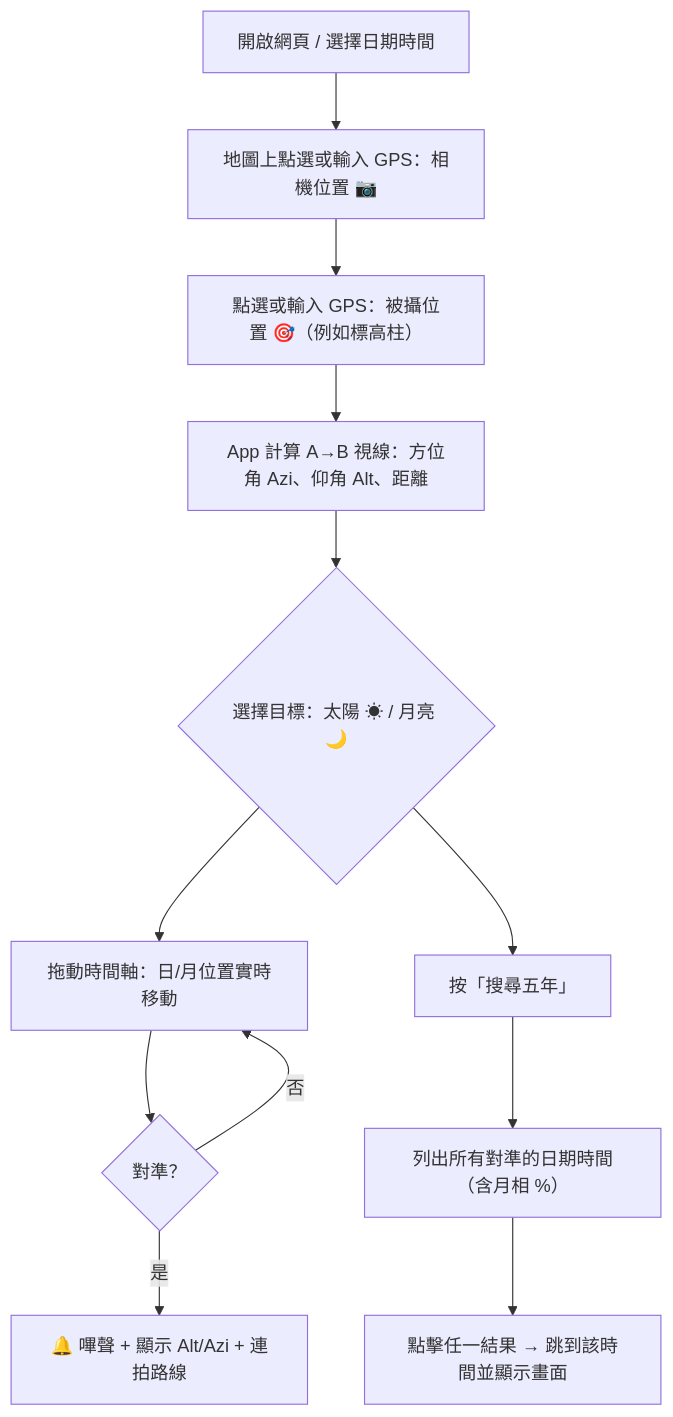
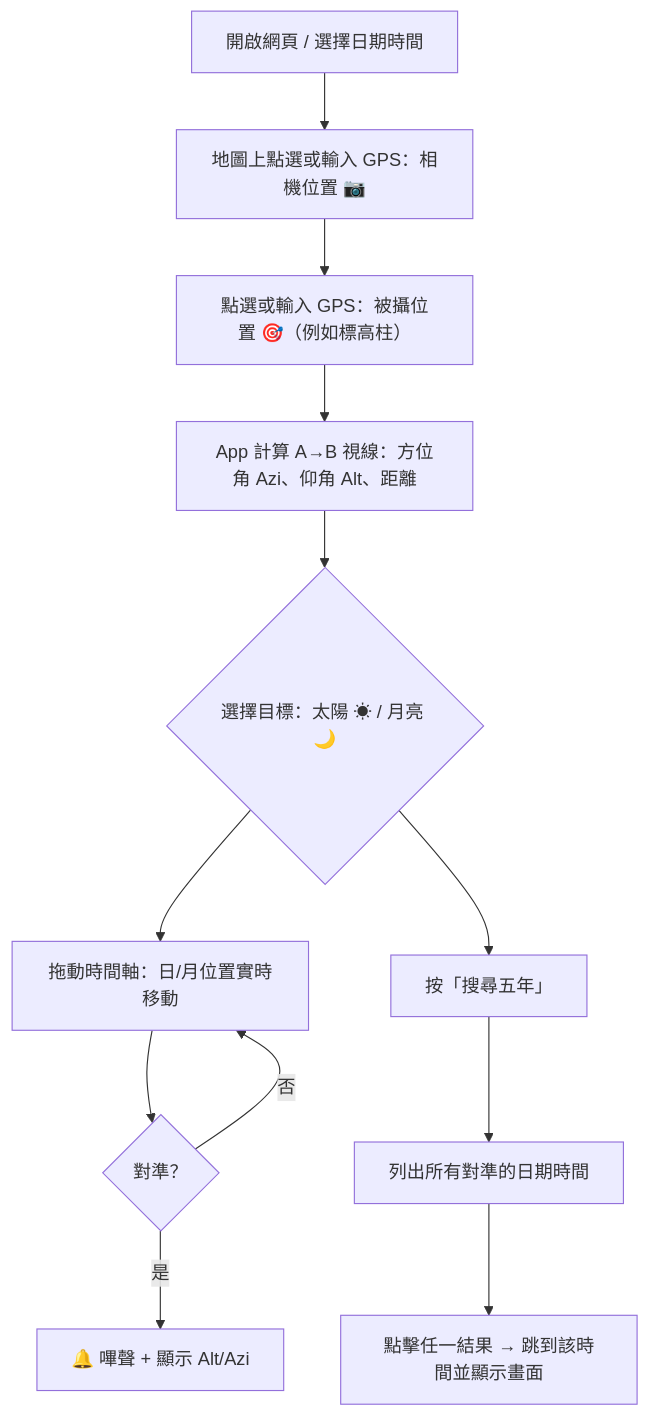
Before and after one commit to inchinet/sun-moon-trail: the first of 2 diagrams in README.md, drawn with Mermaid. The commit also changed other lines of this file, not shown here.

````diff
--- a/README.md
+++ b/README.md
@@ -72,14 +78,14 @@
 ```mermaid
 flowchart TD
     A["開啟網頁 / 選擇日期時間"] --> B["地圖上點選或輸入 GPS：相機位置 📷"]
     B --> C["點選或輸入 GPS：被攝位置 🎯（例如標高柱）"]
     C --> D["App 計算 A→B 視線：方位角 Azi、仰角 Alt、距離"]
     D --> E{"選擇目標：太陽 ☀ / 月亮 🌙"}
     E --> F["拖動時間軸：日/月位置實時移動"]
     F --> G{"對準？"}
-    G -- "是" --> H["🔔 嗶聲 + 顯示 Alt/Azi + 連拍路線"]
+    G -- "是" --> H["🔔 嗶聲 + 顯示 Alt/Azi"]
     G -- "否" --> F
     E --> I["按「搜尋五年」"]
-    I --> J["列出所有對準的日期時間（含月相 %）"]
+    I --> J["列出所有對準的日期時間"]
     J --> K["點擊任一結果 → 跳到該時間並顯示畫面"]
 ```
````
